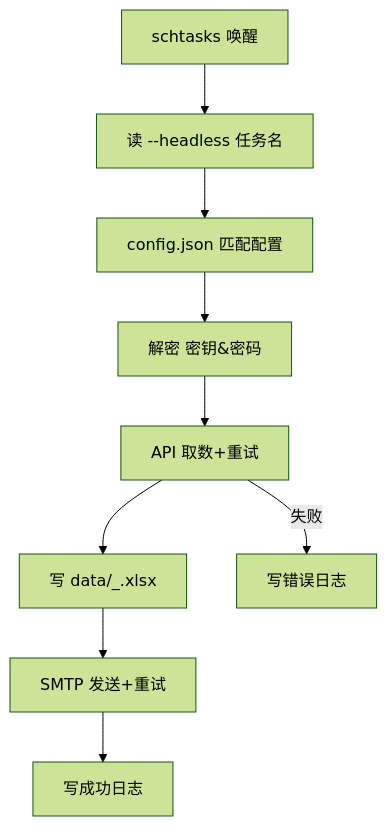
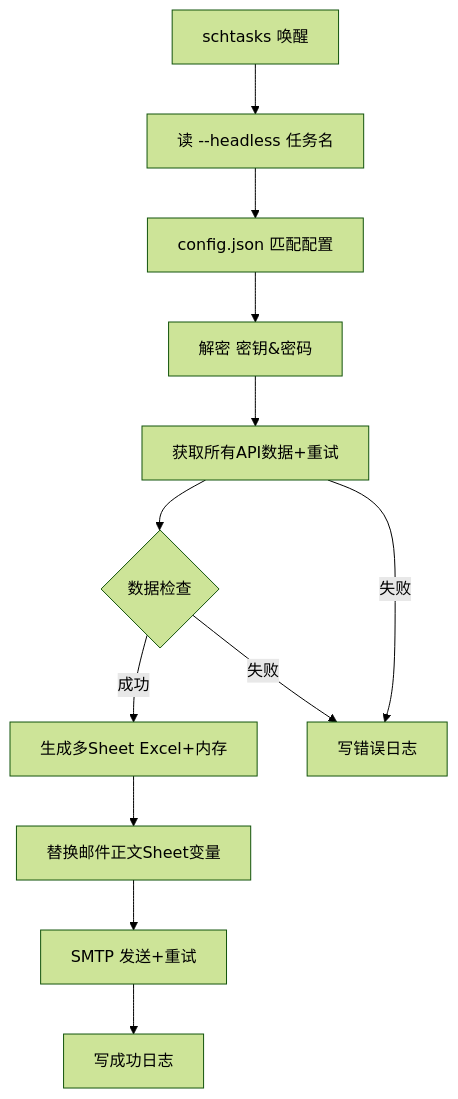
One commit to blacksamuraiiii/baichuan-assistant changed the second of 2 diagrams in 项目需求书.md. Above: the diagram before and after it, drawn with Mermaid (forest theme). The commit also changed other lines of this file and 14 other files, not shown here.

````diff
--- a/项目需求书.md
+++ b/项目需求书.md
@@ -143,11 +154,14 @@
 ```mermaid
 graph TD
     A[schtasks 唤醒] --> B[读 --headless 任务名]
     B --> C[config.json 匹配配置]
     C --> D[解密 密钥&密码]
-    D --> E[API 取数+重试]
-    E --> F[写 data/<task>_<date>.xlsx]
-    F --> G[SMTP 发送+重试]
-    G --> H[写成功日志]
-    E -- 失败 --> Z[写错误日志]
+    D --> E[获取所有API数据+重试]
+    E --> F{数据检查}
+    F -->|成功| G[生成多Sheet Excel+内存]
+    F -->|失败| Z[写错误日志]
+    G --> H[替换邮件正文Sheet变量]
+    H --> I[SMTP 发送+重试]
+    I --> J[写成功日志]
+    E -- 失败 --> Z
 ```
````
